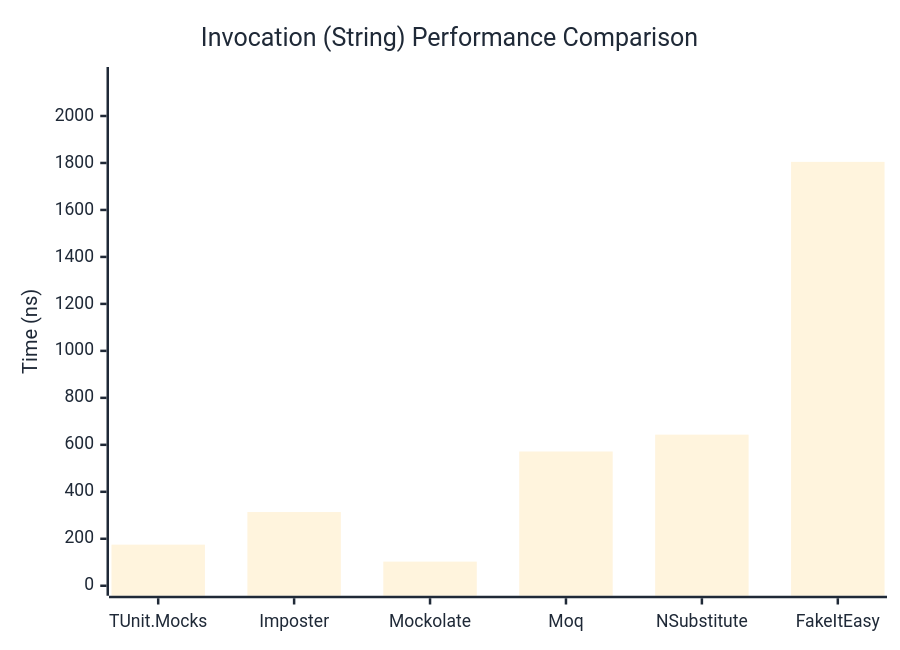
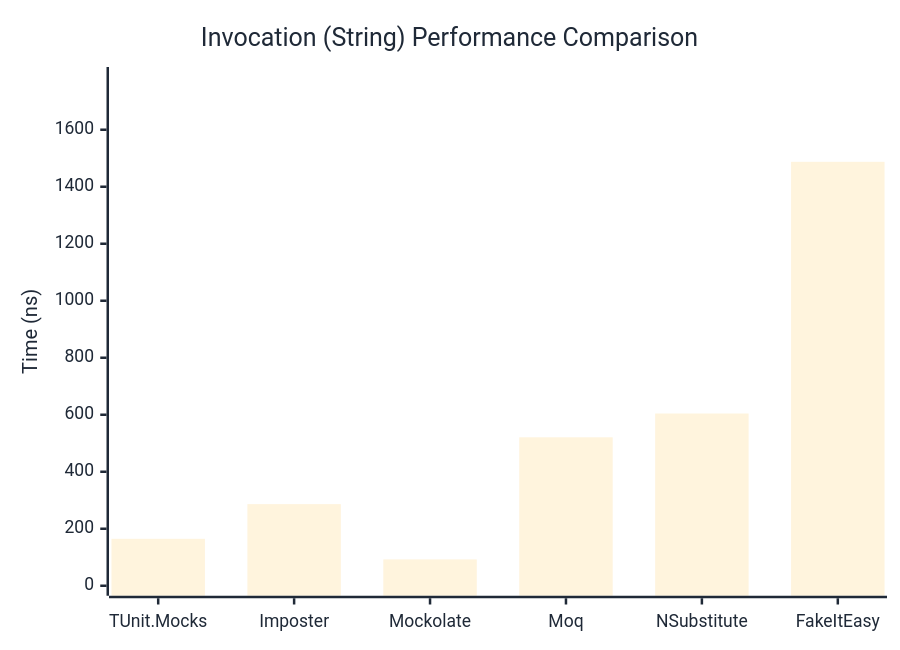
Before and after one commit to thomhurst/TUnit: the second of 3 diagrams in docs/docs/benchmarks/mocks/Invocation.md, drawn with Mermaid. The commit also changed other lines of this file and 14 other files, not shown here.

````diff
--- a/docs/docs/benchmarks/mocks/Invocation.md
+++ b/docs/docs/benchmarks/mocks/Invocation.md
@@ -71,27 +71,27 @@
 ```mermaid
 %%{init: {
   'theme':'base',
   'themeVariables': {
     'primaryColor': '#2563eb',
     'primaryTextColor': '#1f2937',
     'primaryBorderColor': '#1e40af',
     'lineColor': '#6b7280',
     'secondaryColor': '#7c3aed',
     'tertiaryColor': '#dc2626',
     'background': '#ffffff',
     'pie1': '#2563eb',
     'pie2': '#7c3aed',
     'pie3': '#dc2626',
     'pie4': '#f59e0b',
     'pie5': '#10b981',
     'pie6': '#06b6d4',
     'pie7': '#ec4899',
     'pie8': '#6366f1'
   }
 }}%%
 xychart-beta
   title "Invocation (String) Performance Comparison"
   x-axis ["TUnit.Mocks", "Imposter", "Mockolate", "Moq", "NSubstitute", "FakeItEasy"]
-  y-axis "Time (ns)" 0 --> 2166
-  bar [175, 313.8, 102.7, 571.6, 643.3, 1804.7]
+  y-axis "Time (ns)" 0 --> 1785
+  bar [164.69, 286.33, 92.44, 520.79, 604.3, 1487.39]
 ```
````
